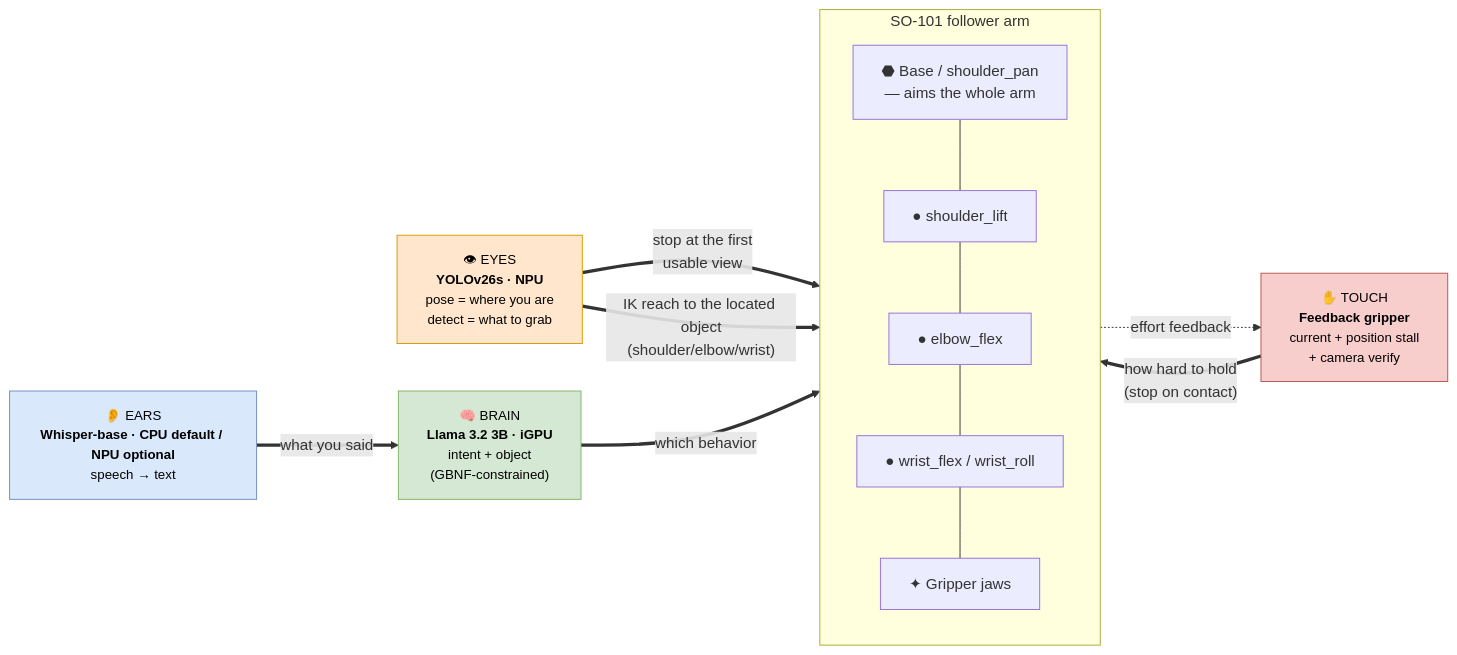
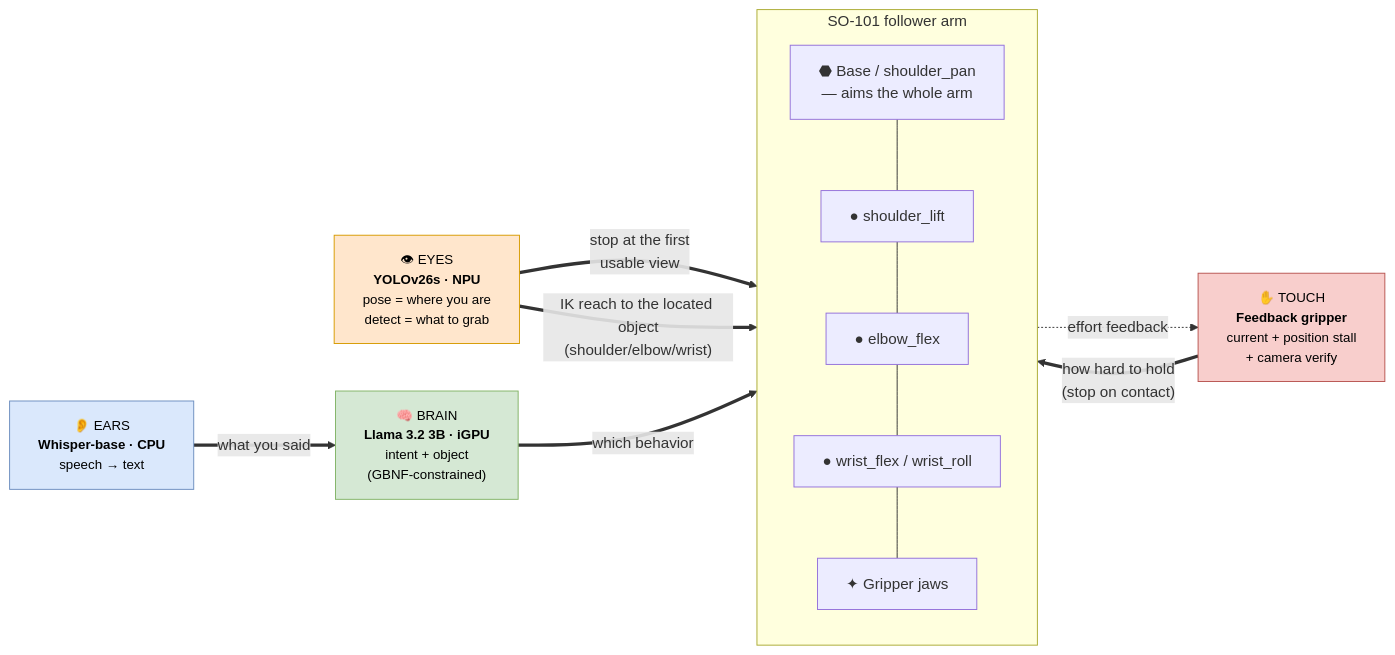
One commit to ThomasGmeinder/embedded-x86-ai changed the second of 3 diagrams in workshops/vvla-pipeline/README.md. Above: the diagram before and after it, drawn with Mermaid. The commit also changed other lines of this file and 7 other files, not shown here.

First line of the commit message:
Keep Whisper on the CPU and open YOLO-pose before YOLO-detect.

````diff
--- a/workshops/vvla-pipeline/README.md
+++ b/workshops/vvla-pipeline/README.md
@@ -91,29 +91,29 @@
 ```mermaid
 flowchart LR
     subgraph BODY["SO-101 follower arm"]
         direction TB
         BASE["⬣ Base / shoulder_pan<br/>— aims the whole arm"]
         SHOULDER["● shoulder_lift"]
         ELBOW["● elbow_flex"]
         WRIST["● wrist_flex / wrist_roll"]
         JAW["✦ Gripper jaws"]
         BASE --- SHOULDER --- ELBOW --- WRIST --- JAW
     end
 
-    EARS["👂 EARS<br/><b>Whisper-base · CPU default / NPU optional</b><br/>speech → text"]:::ear
+    EARS["👂 EARS<br/><b>Whisper-base · CPU</b><br/>speech → text"]:::ear
     BRAIN["🧠 BRAIN<br/><b>Llama 3.2 3B · iGPU</b><br/>intent + object<br/>(GBNF-constrained)"]:::brain
     EYES["👁 EYES<br/><b>YOLOv26s · NPU</b><br/>pose = where you are<br/>detect = what to grab"]:::eye
     TOUCH["✋ TOUCH<br/><b>Feedback gripper</b><br/>current + position stall<br/>+ camera verify"]:::touch
 
     EARS ==>|"what you said"| BRAIN
     BRAIN ==>|"which behavior"| BODY
     EYES ==>|"stop at the first<br/>usable view"| BASE
     EYES ==>|"IK reach to the located object<br/>(shoulder/elbow/wrist)"| ELBOW
     TOUCH ==>|"how hard to hold<br/>(stop on contact)"| JAW
     JAW -.->|"effort feedback"| TOUCH
 
     classDef ear fill:#dae8fc,stroke:#6c8ebf,color:#000,font-size:14px;
     classDef brain fill:#d5e8d4,stroke:#82b366,color:#000,font-size:14px;
     classDef eye fill:#ffe6cc,stroke:#d79b00,color:#000,font-size:14px;
     classDef touch fill:#f8cecc,stroke:#b85450,color:#000,font-size:14px;
 ```
````
